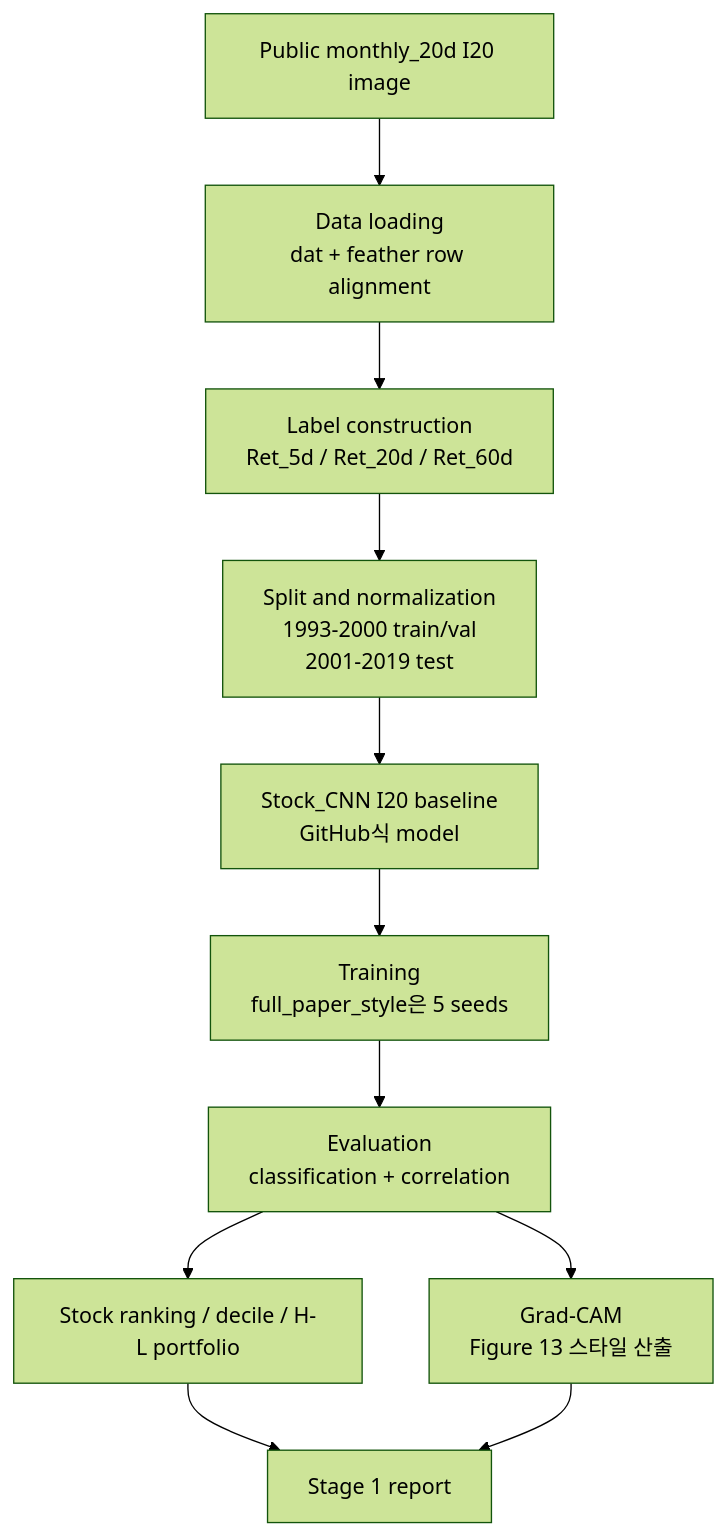
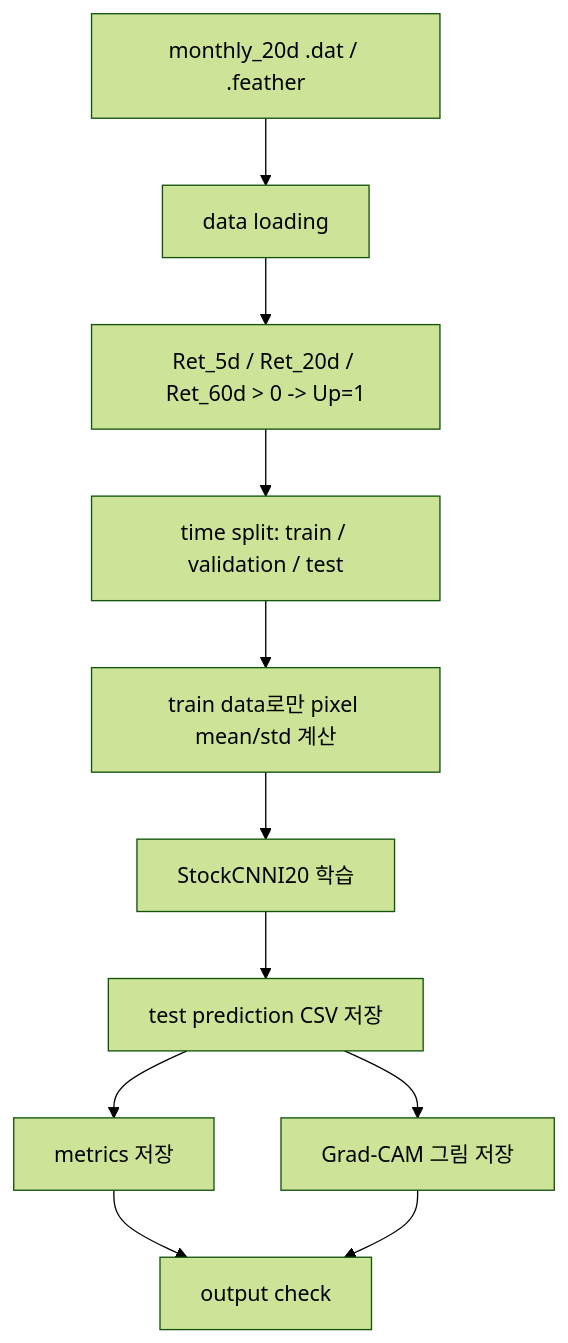
One commit to Jaehyeon-Jeong/Thesis changed the second of 2 diagrams in stage1_reimage_reproduction/workflow_diagram.md. Above: the diagram before and after it, drawn with Mermaid (forest theme). The commit also changed other lines of this file and 21 other files, not shown here.

````diff
--- a/stage1_reimage_reproduction/workflow_diagram.md
+++ b/stage1_reimage_reproduction/workflow_diagram.md
@@ -21,13 +27,13 @@
 ```mermaid
 flowchart TD
-    A[Public monthly_20d I20 image] --> B[Data loading<br/>dat + feather row alignment]
-    B --> C[Label construction<br/>Ret_5d / Ret_20d / Ret_60d]
-    C --> D[Split and normalization<br/>1993-2000 train/val<br/>2001-2019 test]
-    D --> E[Stock_CNN I20 baseline<br/>GitHub식 model]
-    E --> F[Training<br/>full_paper_style은 5 seeds]
-    F --> G[Evaluation<br/>classification + correlation]
-    G --> H[Stock ranking / decile / H-L portfolio]
-    G --> I[Grad-CAM<br/>Figure 13 스타일 산출]
-    H --> J[Stage 1 report]
+    A["monthly_20d .dat / .feather"] --> B["data loading"]
+    B --> C["Ret_5d / Ret_20d / Ret_60d > 0 -> Up=1"]
+    C --> D["time split: train / validation / test"]
+    D --> E["train data로만 pixel mean/std 계산"]
+    E --> F["StockCNNI20 학습"]
+    F --> G["test prediction CSV 저장"]
+    G --> H["metrics 저장"]
+    G --> I["Grad-CAM 그림 저장"]
+    H --> J["output check"]
     I --> J
 ```
````
